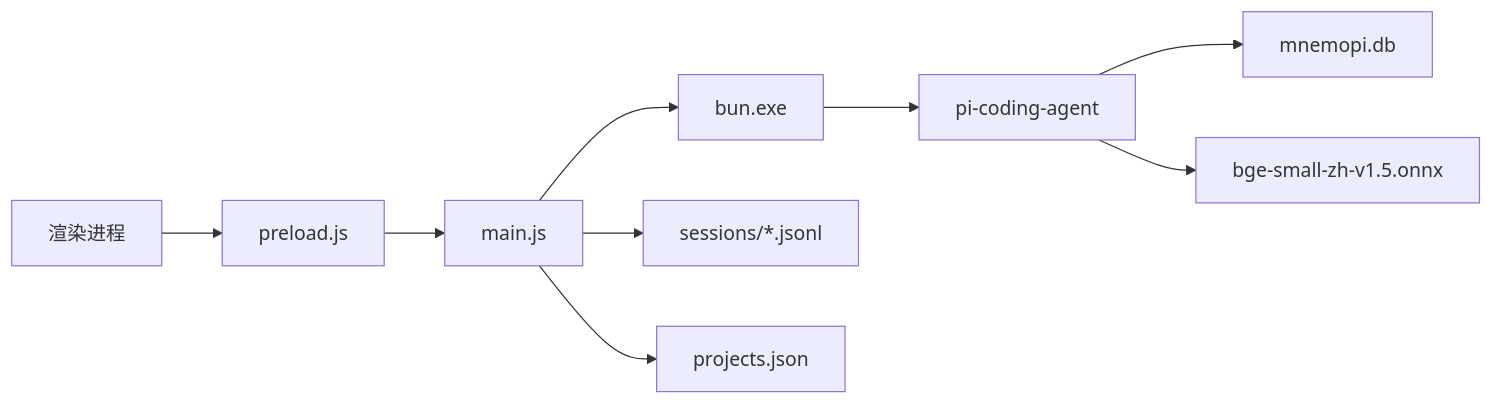
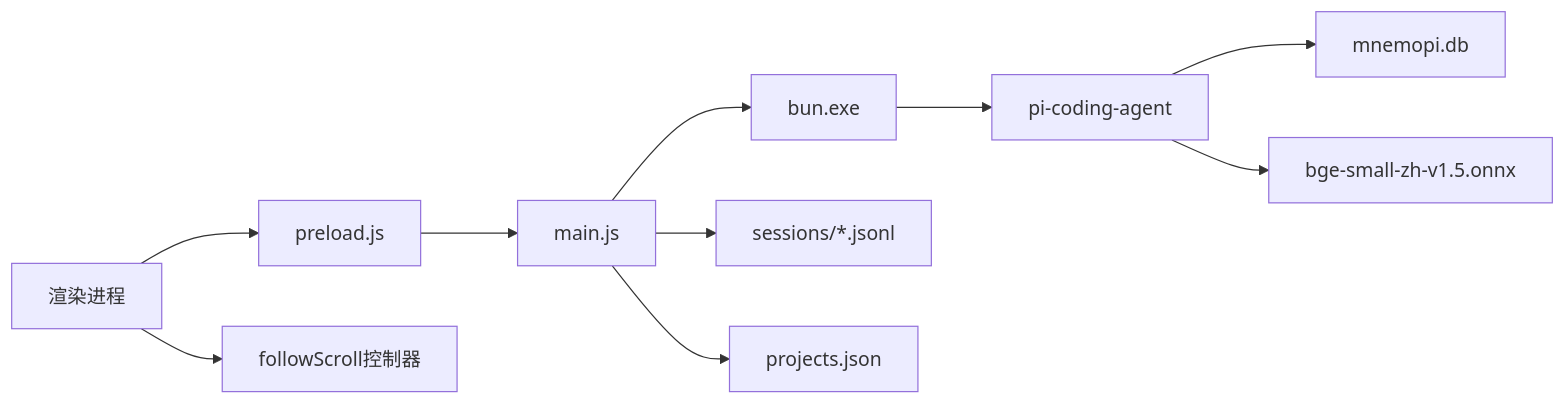
The eighth of 8 diagrams in .qoder/repowiki/zh/content/核心架构/会话管理与上下文恢复.md (swond-Mao/Tiffa), drawn with Mermaid before and after one commit. The commit also changed other lines of this file and 18 other files, not shown here.

````diff
--- a/.qoder/repowiki/zh/content/核心架构/会话管理与上下文恢复.md
+++ b/.qoder/repowiki/zh/content/核心架构/会话管理与上下文恢复.md
@@ -236,11 +316,12 @@
 ```mermaid
 graph LR
 Renderer["渲染进程"] --> Preload["preload.js"]
 Preload --> Main["main.js"]
 Main --> Bun["bun.exe"]
 Bun --> CLI["pi-coding-agent"]
 Main --> Sessions["sessions/*.jsonl"]
 Main --> Projects["projects.json"]
 CLI --> MemoryDB["mnemopi.db"]
 CLI --> Embedding["bge-small-zh-v1.5.onnx"]
+Renderer --> ScrollController["followScroll控制器"]
 ```
````
